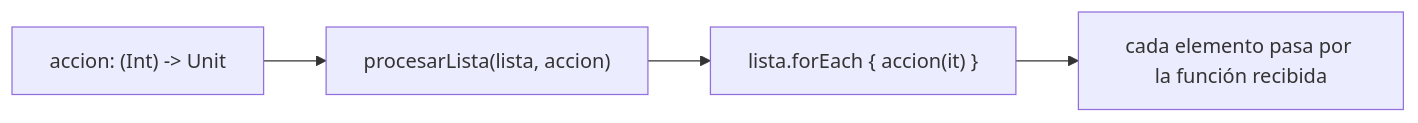
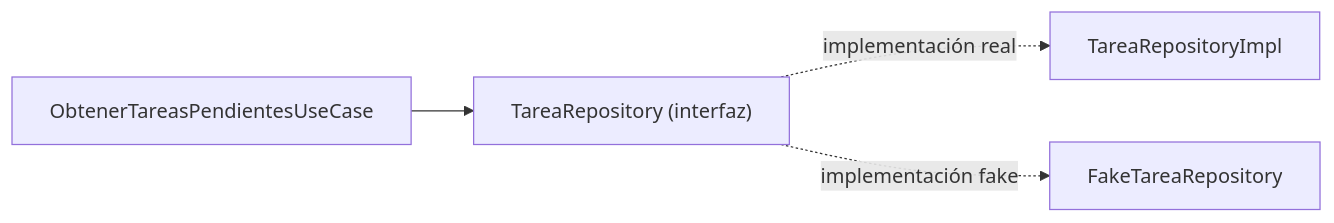
The first of 5 diagrams in web/public/content/kotlin-multiplatform/modulo-1.md (NICORUIZ93/The_Imperial_Book), drawn with Mermaid before and after one commit. The commit also changed other lines of this file and 305 other files, not shown here.

````diff
--- a/web/public/content/kotlin-multiplatform/modulo-1.md
+++ b/web/public/content/kotlin-multiplatform/modulo-1.md
@@ -18,6 +26,6 @@
 ```mermaid
 flowchart LR
-  A["procesarLista(lista, accion)"] --> B["lista.forEach { accion(it) }"]
-  C["accion: (Int) -> Unit"] --> A
-  B --> D[cada elemento pasa por la función recibida]
+  A["ObtenerTareasPendientesUseCase"] --> B["TareaRepository (interfaz)"]
+  B -.->|implementación real| C[TareaRepositoryImpl]
+  B -.->|implementación fake| D[FakeTareaRepository]
 ```
````
